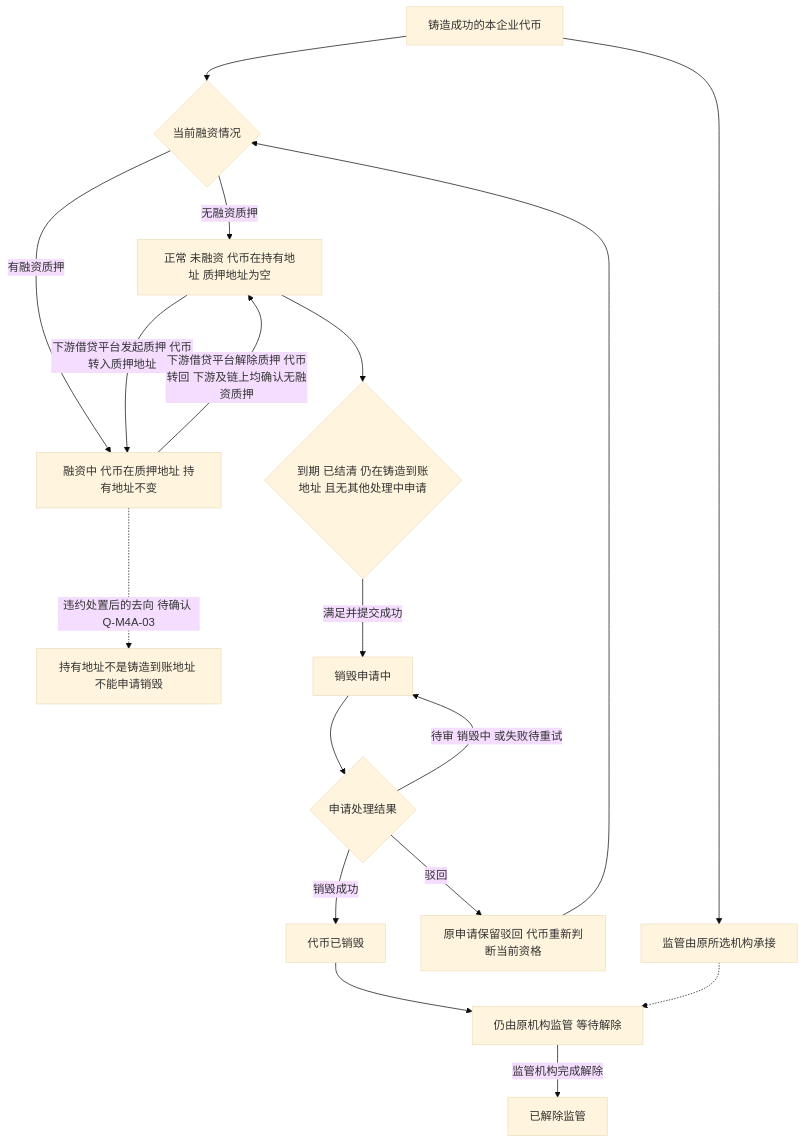
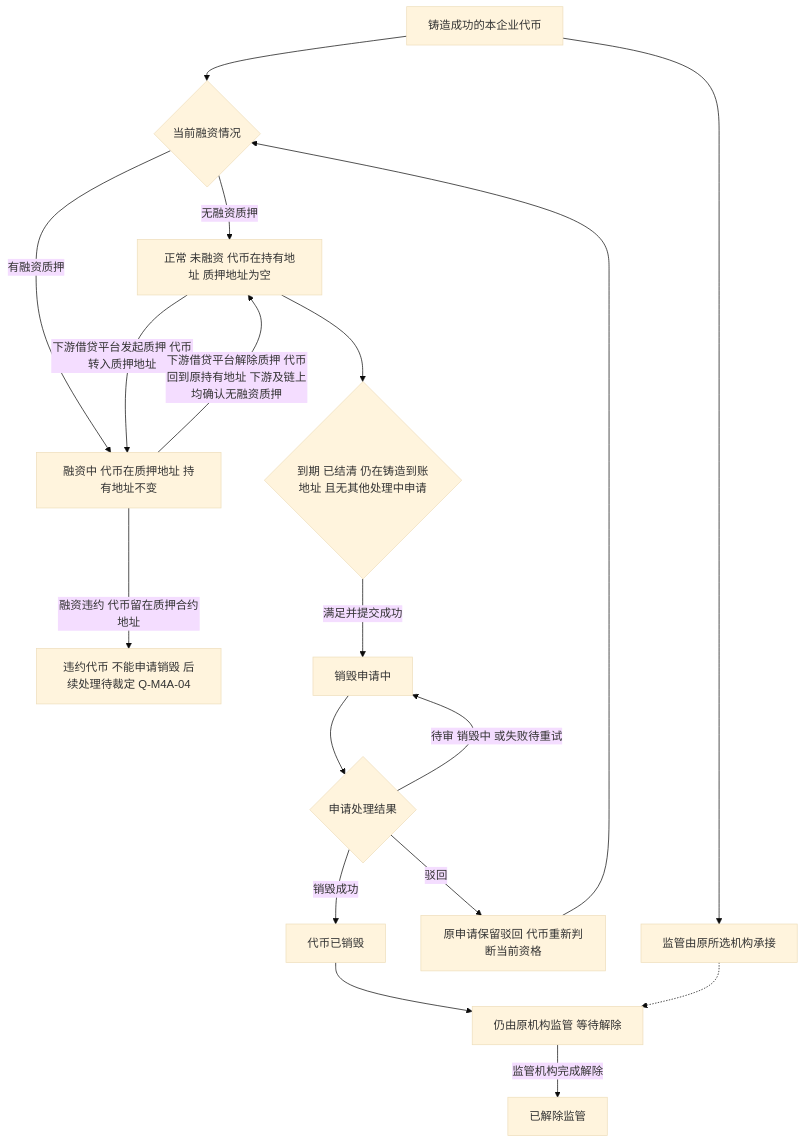
The fourth of 4 diagrams in token-issuance-platform/PRD/面客端/M4a-我的代币与销毁申请/02-我的代币与销毁申请-流程图与状态机.md (wxblockchain/Chain-Financing), drawn with Mermaid (base theme) before and after one commit. The commit also changed 3 other files, not shown here.

````diff
--- a/token-issuance-platform/PRD/面客端/M4a-我的代币与销毁申请/02-我的代币与销毁申请-流程图与状态机.md
+++ b/token-issuance-platform/PRD/面客端/M4a-我的代币与销毁申请/02-我的代币与销毁申请-流程图与状态机.md
@@ -104,20 +104,20 @@
 ```mermaid
 flowchart TD
     A[铸造成功的本企业代币] --> B[监管由原所选机构承接]
     A --> C{当前融资情况}
     C -->|无融资质押| D[正常 未融资 代币在持有地址 质押地址为空]
     C -->|有融资质押| E[融资中 代币在质押地址 持有地址不变]
     D -->|下游借贷平台发起质押 代币转入质押地址| E
-    E -->|下游借贷平台解除质押 代币转回 下游及链上均确认无融资质押| D
-    E -.->|违约处置后的去向 待确认 Q-M4A-03| X[持有地址不是铸造到账地址 不能申请销毁]
+    E -->|下游借贷平台解除质押 代币回到原持有地址 下游及链上均确认无融资质押| D
+    E -->|融资违约 代币留在质押合约地址| X[违约代币 不能申请销毁 后续处理待裁定 Q-M4A-04]
     D --> F{到期 已结清 仍在铸造到账地址 且无其他处理中申请}
     F -->|满足并提交成功| G[销毁申请中]
     G --> H{申请处理结果}
     H -->|驳回| I[原申请保留驳回 代币重新判断当前资格]
     I --> C
     H -->|待审 销毁中 或失败待重试| G
     H -->|销毁成功| J[代币已销毁]
     J --> K[仍由原机构监管 等待解除]
     B -.-> K
     K -->|监管机构完成解除| L[已解除监管]
 ```
````
